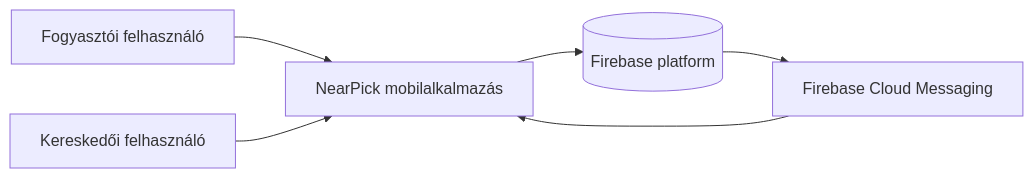
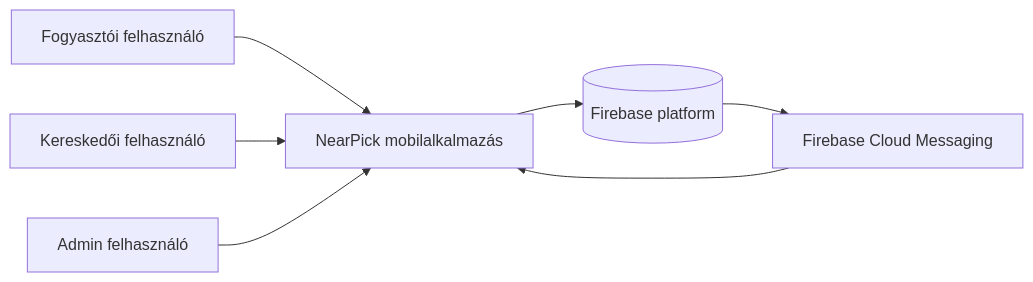
One commit to Admgt/nearpick changed the first of 2 diagrams in docs/02_architecture/c4_context_container.md. Above: the diagram before and after it, drawn with Mermaid. The commit also changed other lines of this file and 36 other files, not shown here.

````diff
--- a/docs/02_architecture/c4_context_container.md
+++ b/docs/02_architecture/c4_context_container.md
@@ -5,14 +5,16 @@
 ```mermaid
 flowchart LR
     consumer[Fogyasztói felhasználó]
     merchant[Kereskedői felhasználó]
+    adminUser[Admin felhasználó]
     app[NearPick mobilalkalmazás]
     firebase[(Firebase platform)]
     fcm[Firebase Cloud Messaging]
 
     consumer --> app
     merchant --> app
+    adminUser --> app
     app --> firebase
     firebase --> fcm
     fcm --> app
 ```
````
